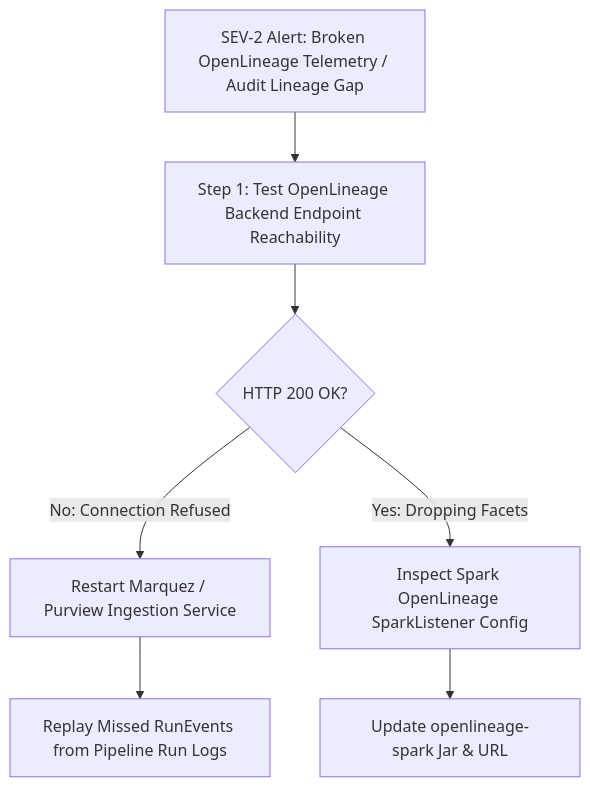
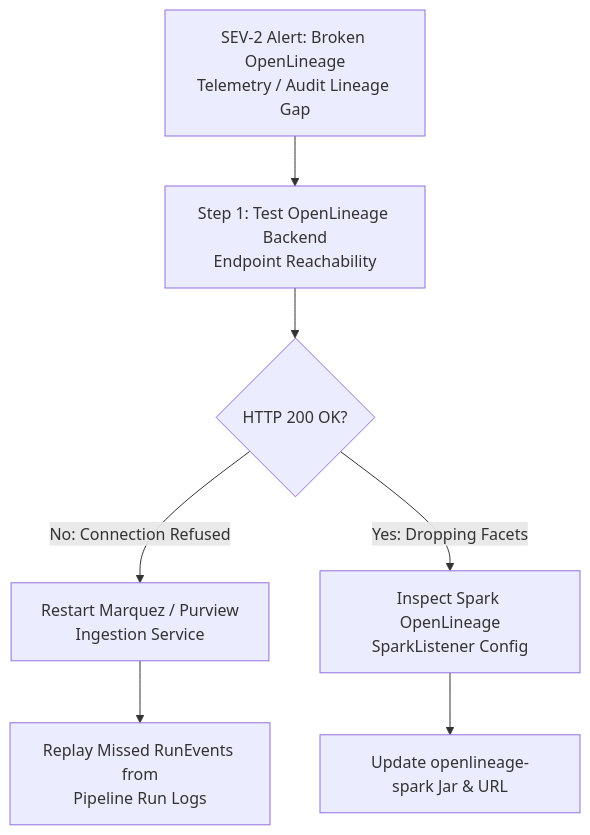
One commit to santoshjammi29/data-system-design-handbook changed the diagram in runbooks/03_data_lineage_and_audit_compliance_failure.md. Above: the diagram before and after it, drawn with Mermaid. The commit also changed 15 other files, not shown here.

Commit message:
fix(diagrams): word-wrap labels and escape comparison operators across all diagrams

````diff
--- a/runbooks/03_data_lineage_and_audit_compliance_failure.md
+++ b/runbooks/03_data_lineage_and_audit_compliance_failure.md
@@ -12,11 +12,11 @@
 ```mermaid
 flowchart TD
-    Alert["SEV-2 Alert: Broken OpenLineage Telemetry / Audit Lineage Gap"] --> TestEndpoint["Step 1: Test OpenLineage Backend Endpoint Reachability"]
+    Alert["SEV-2 Alert: Broken OpenLineage<br/>Telemetry / Audit Lineage Gap"] --> TestEndpoint["Step 1: Test OpenLineage Backend<br/>Endpoint Reachability"]
     TestEndpoint --> Reachable{"HTTP 200 OK?"}
 
-    Reachable -->|"No: Connection Refused"| RestoreBackend["Restart Marquez / Purview Ingestion Service"]
-    Reachable -->|"Yes: Dropping Facets"| CheckSparkListener["Inspect Spark OpenLineage SparkListener Config"]
+    Reachable -->|"No: Connection Refused"| RestoreBackend["Restart Marquez / Purview<br/>Ingestion Service"]
+    Reachable -->|"Yes: Dropping Facets"| CheckSparkListener["Inspect Spark OpenLineage<br/>SparkListener Config"]
 
-    RestoreBackend --> ResendRunEvents["Replay Missed RunEvents from Pipeline Run Logs"]
+    RestoreBackend --> ResendRunEvents["Replay Missed RunEvents from<br/>Pipeline Run Logs"]
     CheckSparkListener --> PatchListener["Update openlineage-spark Jar & URL"]
 ```
````
